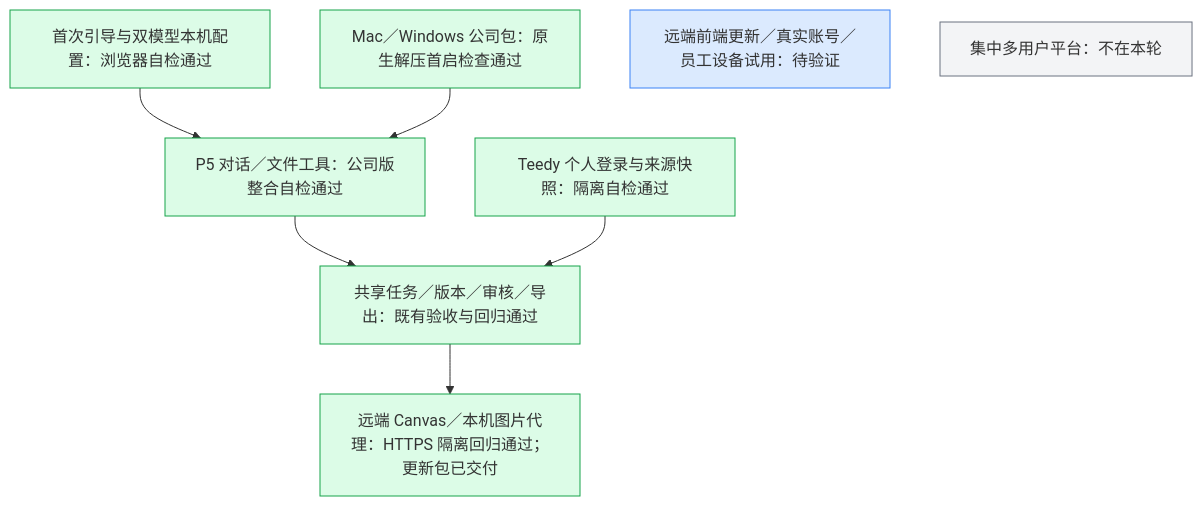
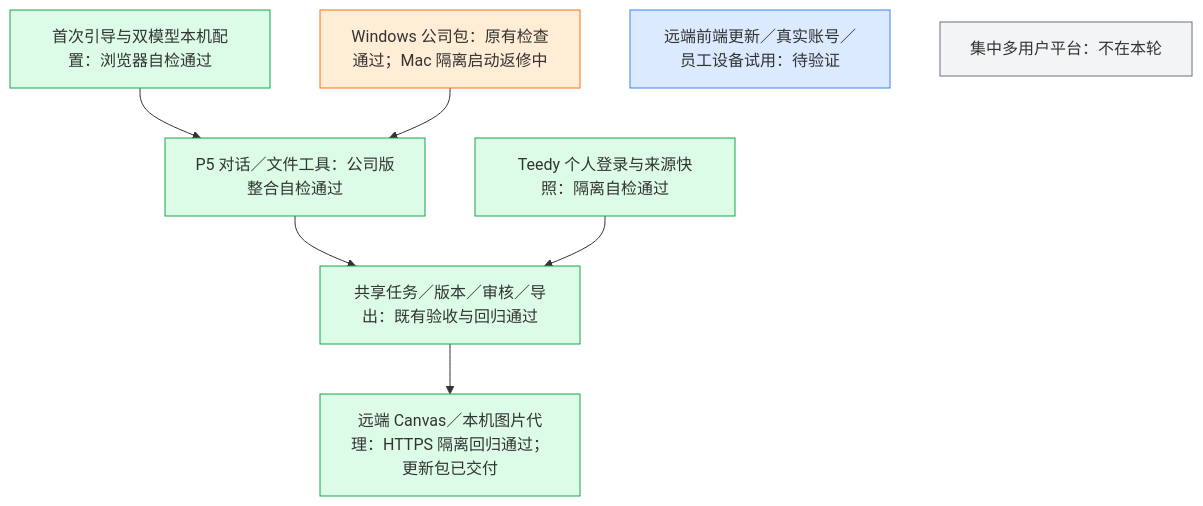
The first of 4 diagrams in docs/工程进度.md (akechi0819-lgtm/creative-Agent-studio), drawn with Mermaid before and after one commit. The commit also changed other lines of this file and 15 other files, not shown here.

````diff
--- a/docs/工程进度.md
+++ b/docs/工程进度.md
@@ -7,16 +11,18 @@
 ```mermaid
 flowchart TB
   WEB["P5 对话／文件工具：公司版整合自检通过"] --> CORE["共享任务／版本／审核／导出：既有验收与回归通过"]
   LIB["Teedy 个人登录与来源快照：隔离自检通过"] --> CORE
   MODEL["首次引导与双模型本机配置：浏览器自检通过"] --> WEB
   CORE --> CANVAS["远端 Canvas／本机图片代理：HTTPS 隔离回归通过；更新包已交付"]
-  DIST["Mac／Windows 公司包：原生解压首启检查通过"] --> WEB
+  DIST["Windows 公司包：原有检查通过；Mac 隔离启动返修中"] --> WEB
   NEXT["远端前端更新／真实账号／员工设备试用：待验证"]
   FUTURE["集中多用户平台：不在本轮"]
   classDef done fill:#dcfce7,stroke:#16a34a;
   classDef next fill:#dbeafe,stroke:#3b82f6;
   classDef later fill:#f3f4f6,stroke:#6b7280;
-  class CORE,WEB,LIB,MODEL,CANVAS,DIST done;
+  class CORE,WEB,LIB,MODEL,CANVAS done;
+  classDef current fill:#ffedd5,stroke:#f97316;
+  class DIST current;
   class NEXT next;
   class FUTURE later;
 ```
````
